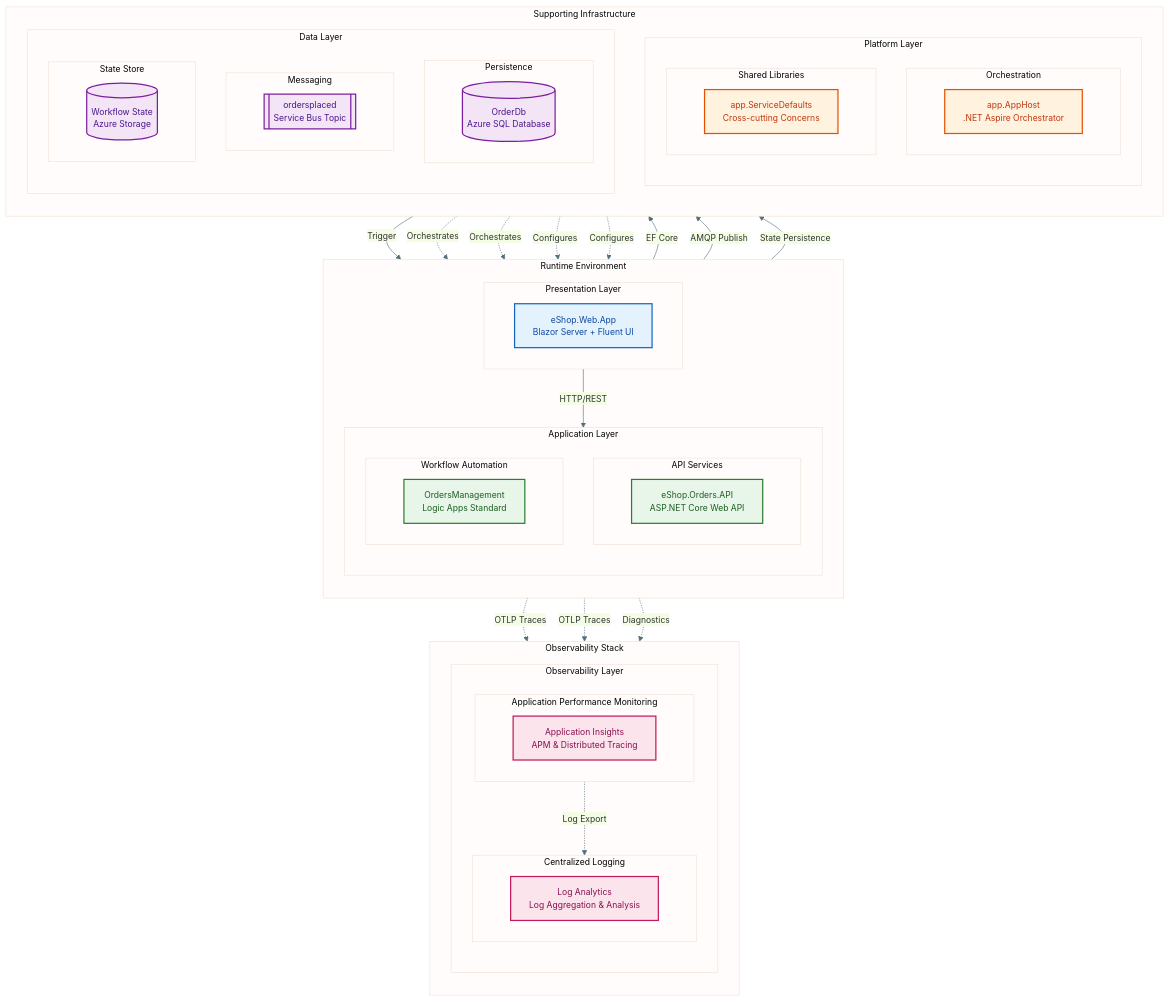
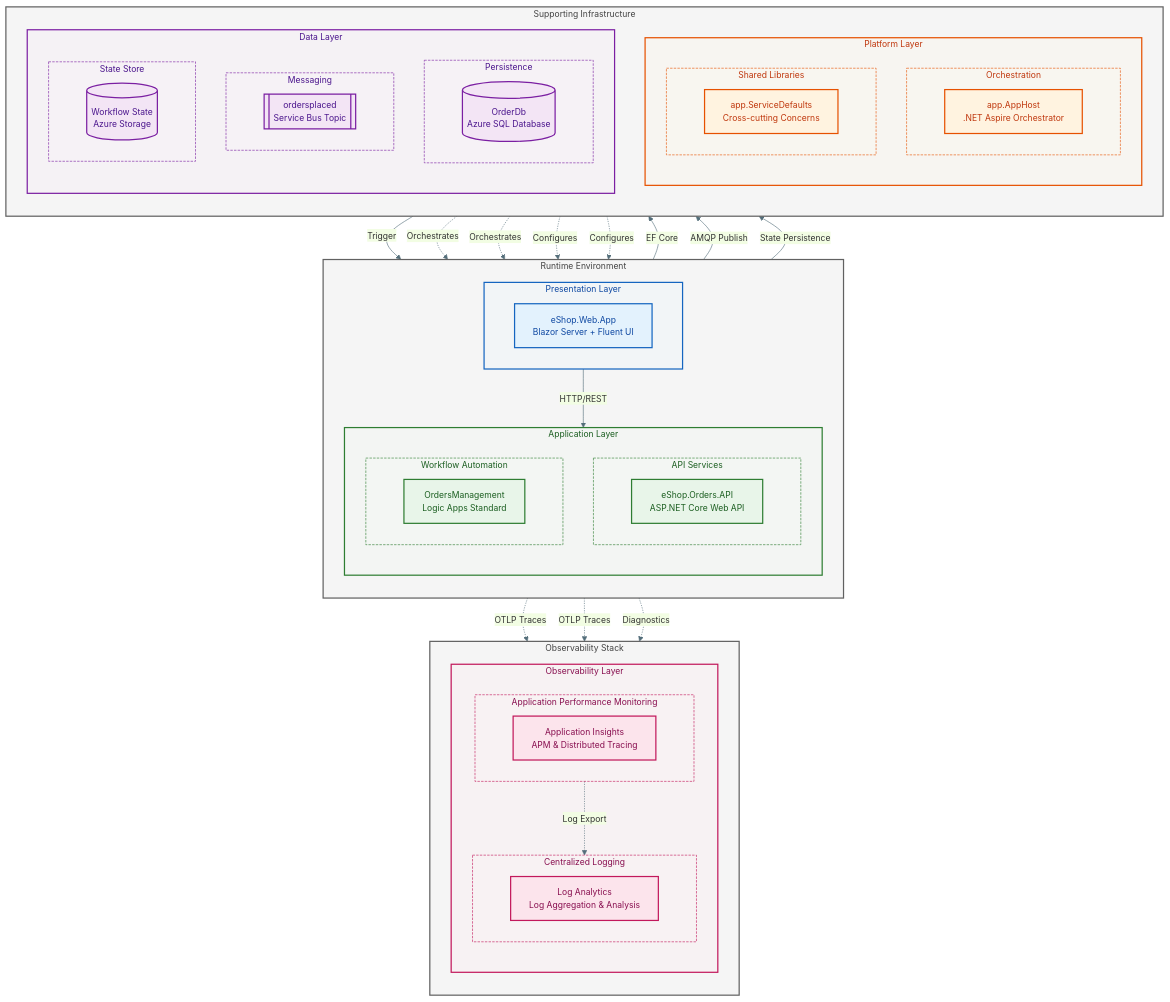
Before and after one commit to Evilazaro/Azure-LogicApps-Monitoring: the diagram in README.md, drawn with Mermaid. The commit also changed other lines of this file, not shown here.

````diff
--- a/README.md
+++ b/README.md
@@ -193,7 +197,7 @@
     AppInsights -.->|"Log Export"| LogAnalytics
 
     %% =====================================================================
-    %% STYLE DEFINITIONS - WCAG AA compliant color palette
+    %% NODE STYLE DEFINITIONS - WCAG AA compliant color palette
     %% Each layer has distinct color for visual hierarchy
     %% =====================================================================
     
@@ -212,9 +216,6 @@
     %% Observability Layer - Pink theme (monitoring focus)
     classDef observabilityStyle fill:#fce4ec,stroke:#c2185b,stroke-width:2px,color:#880e4f
 
-    %% Top-level grouping - Neutral theme
-    classDef groupStyle fill:#fafafa,stroke:#bdbdbd,stroke-width:1px,stroke-dasharray:5 5,color:#616161
-
     %% =====================================================================
     %% APPLY STYLES TO NODES
     %% =====================================================================
@@ -223,4 +224,35 @@
     class Aspire,Defaults platformStyle
     class SQL,ServiceBus,Storage dataStyle
     class AppInsights,LogAnalytics observabilityStyle
+
+    %% =====================================================================
+    %% SUBGRAPH GROUPING STYLES - Hierarchical visual containment
+    %% Best Practice: Use semi-transparent fills for containers
+    %% Level 1 (Top): Solid neutral borders, very light fills
+    %% Level 2 (Middle): Layer-colored borders, transparent fills
+    %% Level 3 (Inner): Dashed borders, minimal fills
+    %% =====================================================================
+
+    %% Top-level groupings - Neutral gray with subtle background
+    style Runtime fill:#f5f5f5,stroke:#616161,stroke-width:2px,color:#424242
+    style Infrastructure fill:#f5f5f5,stroke:#616161,stroke-width:2px,color:#424242
+    style ObservabilityStack fill:#f5f5f5,stroke:#616161,stroke-width:2px,color:#424242
+
+    %% Mid-level layer groupings - Match node color themes (semi-transparent)
+    style Presentation fill:#e3f2fd33,stroke:#1565c0,stroke-width:2px,color:#0d47a1
+    style Application fill:#e8f5e933,stroke:#2e7d32,stroke-width:2px,color:#1b5e20
+    style Platform fill:#fff3e033,stroke:#e65100,stroke-width:2px,color:#bf360c
+    style Data fill:#f3e5f533,stroke:#7b1fa2,stroke-width:2px,color:#4a148c
+    style Observability fill:#fce4ec33,stroke:#c2185b,stroke-width:2px,color:#880e4f
+
+    %% Inner-level functional groupings - Dashed borders, minimal fill
+    style APIServices fill:#e8f5e911,stroke:#2e7d32,stroke-width:1px,stroke-dasharray:4 2,color:#1b5e20
+    style WorkflowAutomation fill:#e8f5e911,stroke:#2e7d32,stroke-width:1px,stroke-dasharray:4 2,color:#1b5e20
+    style Orchestration fill:#fff3e011,stroke:#e65100,stroke-width:1px,stroke-dasharray:4 2,color:#bf360c
+    style SharedLibraries fill:#fff3e011,stroke:#e65100,stroke-width:1px,stroke-dasharray:4 2,color:#bf360c
+    style Persistence fill:#f3e5f511,stroke:#7b1fa2,stroke-width:1px,stroke-dasharray:4 2,color:#4a148c
+    style Messaging fill:#f3e5f511,stroke:#7b1fa2,stroke-width:1px,stroke-dasharray:4 2,color:#4a148c
+    style StateStore fill:#f3e5f511,stroke:#7b1fa2,stroke-width:1px,stroke-dasharray:4 2,color:#4a148c
+    style APM fill:#fce4ec11,stroke:#c2185b,stroke-width:1px,stroke-dasharray:4 2,color:#880e4f
+    style Logging fill:#fce4ec11,stroke:#c2185b,stroke-width:1px,stroke-dasharray:4 2,color:#880e4f
 ```
````
